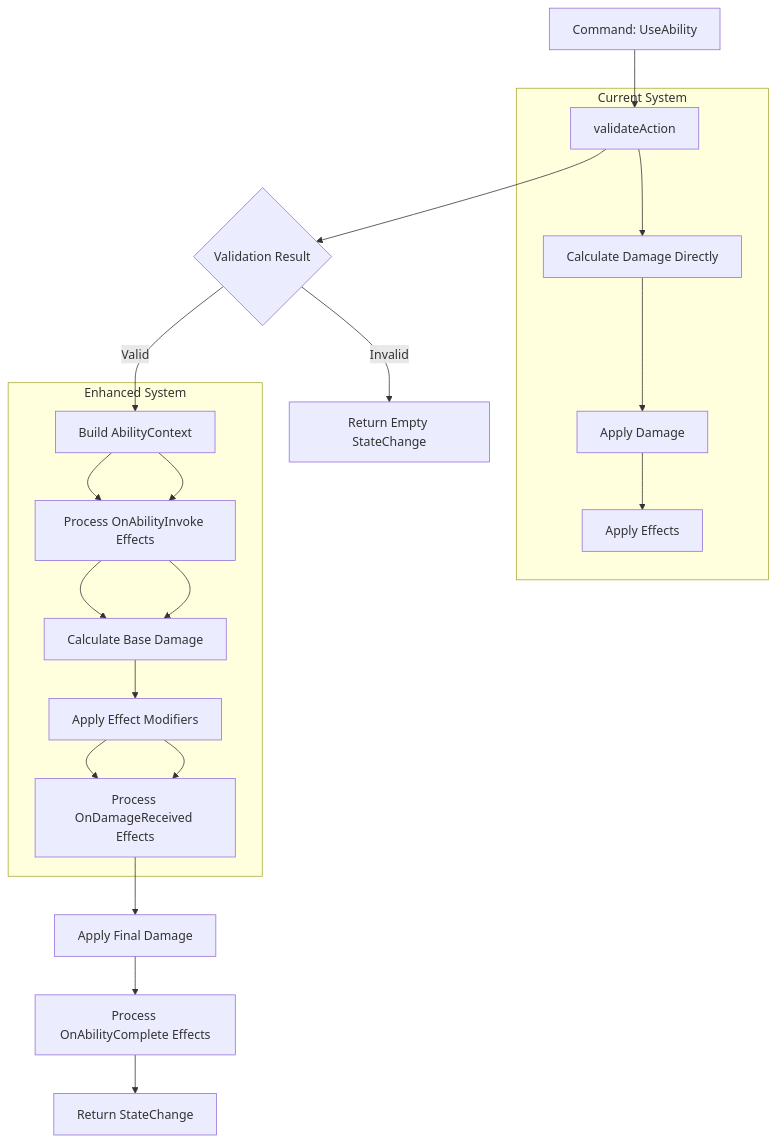
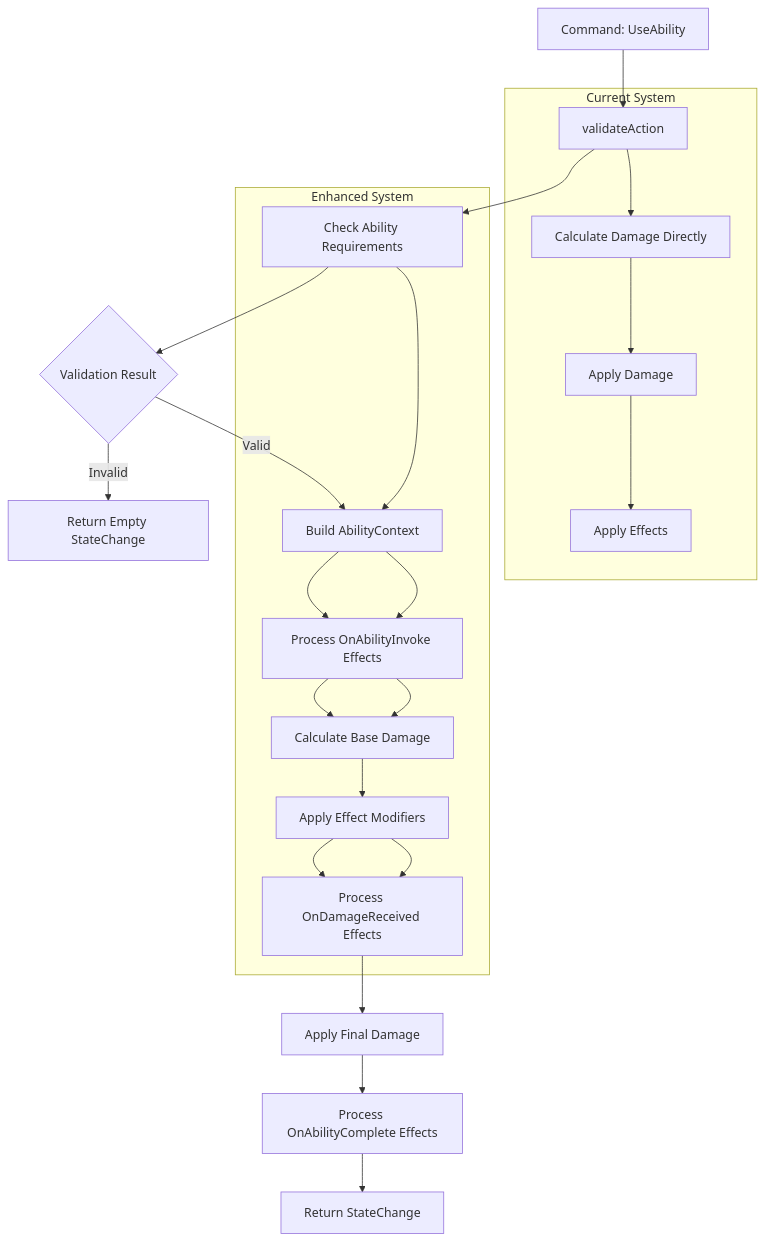
One commit to AngelMunoz/Kps changed the first of 2 diagrams in docs/enhanced-effects-framework.md. Above: the diagram before and after it, drawn with Mermaid. The commit also changed other lines of this file, not shown here.

First line of the commit message:
feat(effects): integrate passive skills and ability requirements system

````diff
--- a/docs/enhanced-effects-framework.md
+++ b/docs/enhanced-effects-framework.md
@@ -38,27 +38,29 @@
 ```mermaid
 graph TD
     A[Command: UseAbility] --> B[validateAction]
-    B --> C{Validation Result}
+    B --> B1[Check Ability Requirements]
+    B1 --> C{Validation Result}
     C -->|Valid| D[Build AbilityContext]
     C -->|Invalid| E[Return Empty StateChange]
     
     D --> F[Process OnAbilityInvoke Effects]
     F --> G[Calculate Base Damage]
     G --> H[Apply Effect Modifiers]
     H --> I[Process OnDamageReceived Effects]
     I --> J[Apply Final Damage]
     J --> K[Process OnAbilityComplete Effects]
     K --> L[Return StateChange]
     
     subgraph "Current System"
         B --> G2[Calculate Damage Directly]
         G2 --> J2[Apply Damage]
         J2 --> L2[Apply Effects]
     end
     
     subgraph "Enhanced System"
+        B1 --> D
         D --> F
         F --> G
         H --> I
     end
 ```
````
